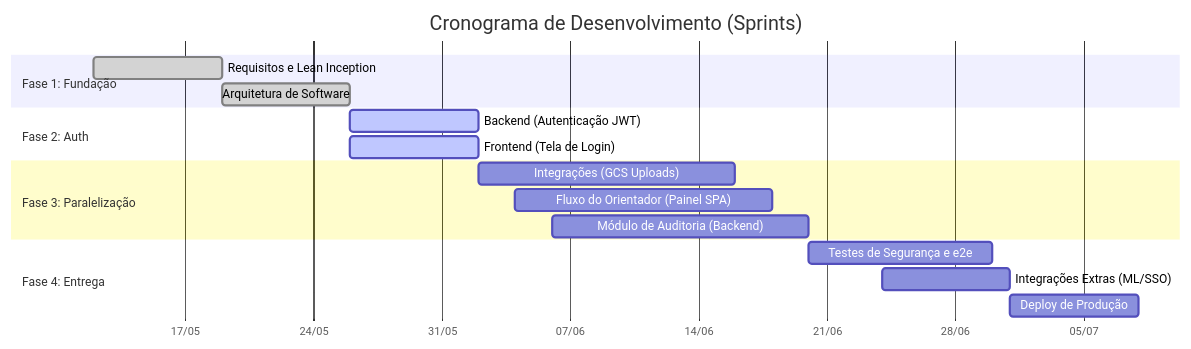
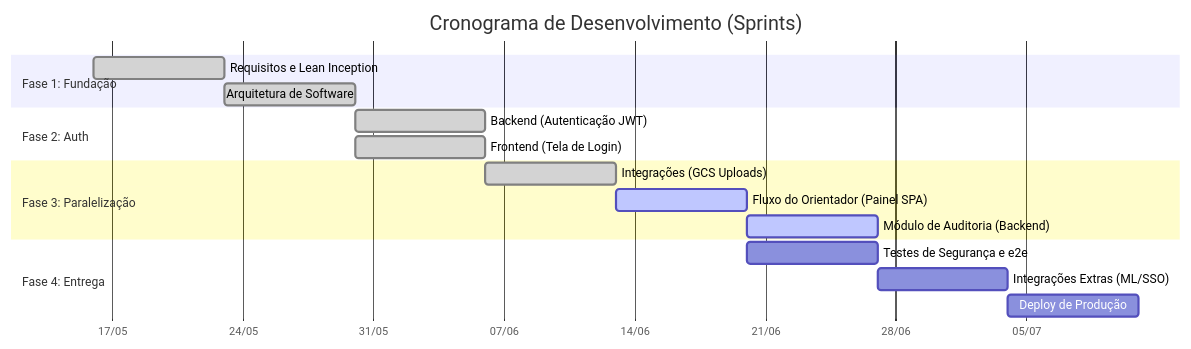
One commit to pedrohpsantos/EdTech changed the first of 3 diagrams in docs/produto/planejamento/cronograma.md. Above: the diagram before and after it, drawn with Mermaid. The commit also changed other lines of this file, not shown here.

Commit message:
docs: corrigir datas das sprints no cronograma e diagrama de gantt

````diff
--- a/docs/produto/planejamento/cronograma.md
+++ b/docs/produto/planejamento/cronograma.md
@@ -9,24 +9,24 @@
 ```mermaid
 gantt
     title Cronograma de Desenvolvimento (Sprints)
     dateFormat YYYY-MM-DD
     axisFormat %d/%m
 
     section Fase 1: Fundação
-    Requisitos e Lean Inception      :done, f1, 2026-05-12, 7d
-    Arquitetura de Software          :done, f2, 2026-05-19, 7d
+    Requisitos e Lean Inception      :done, f1, 2026-05-16, 7d
+    Arquitetura de Software          :done, f2, 2026-05-23, 7d
 
     section Fase 2: Auth
-    Backend (Autenticação JWT)       :active, f3, 2026-05-26, 7d
-    Frontend (Tela de Login)         :active, f4, 2026-05-26, 7d
+    Backend (Autenticação JWT)       :done, f3, 2026-05-30, 7d
+    Frontend (Tela de Login)         :done, f4, 2026-05-30, 7d
 
     section Fase 3: Paralelização
-    Integrações (GCS Uploads)        :f5, 2026-06-02, 14d
-    Fluxo do Orientador (Painel SPA) :f6, 2026-06-04, 14d
-    Módulo de Auditoria (Backend)    :f7, 2026-06-06, 14d
+    Integrações (GCS Uploads)        :done, f5, 2026-06-06, 7d
+    Fluxo do Orientador (Painel SPA) :active, f6, 2026-06-13, 7d
+    Módulo de Auditoria (Backend)    :active, f7, 2026-06-20, 7d
 
     section Fase 4: Entrega
-    Testes de Segurança e e2e        :f8, 2026-06-20, 10d
-    Integrações Extras (ML/SSO)      :f9, 2026-06-24, 7d
-    Deploy de Produção               :f10, 2026-07-01, 7d
+    Testes de Segurança e e2e        :f8, 2026-06-20, 7d
+    Integrações Extras (ML/SSO)      :f9, 2026-06-27, 7d
+    Deploy de Produção               :f10, 2026-07-04, 7d
 ```
````
